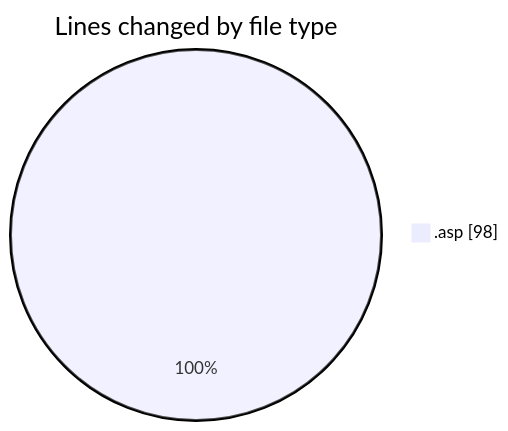
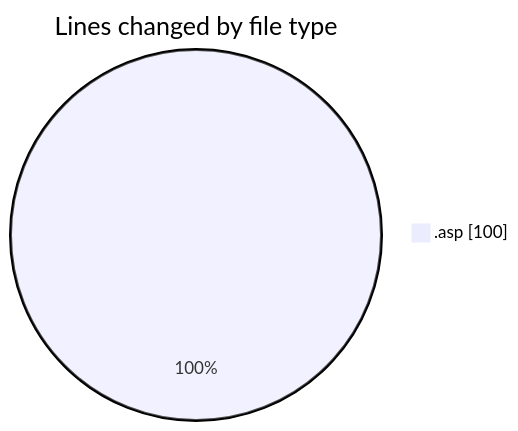
One commit to julien-gomy/code-tracking changed the first of 2 diagrams in 2025-11-28/cdp_aleoudev_fr__workspace_/README.md. Above: the diagram before and after it, drawn with Mermaid. The commit also changed other lines of this file and 1 other file, not shown here.

````diff
--- a/2025-11-28/cdp_aleoudev_fr__workspace_/README.md
+++ b/2025-11-28/cdp_aleoudev_fr__workspace_/README.md
@@ -21,5 +21,5 @@
 ```mermaid
 pie showData
 title Lines changed by file type
-".asp" : 98
+".asp" : 100
 ```
````
